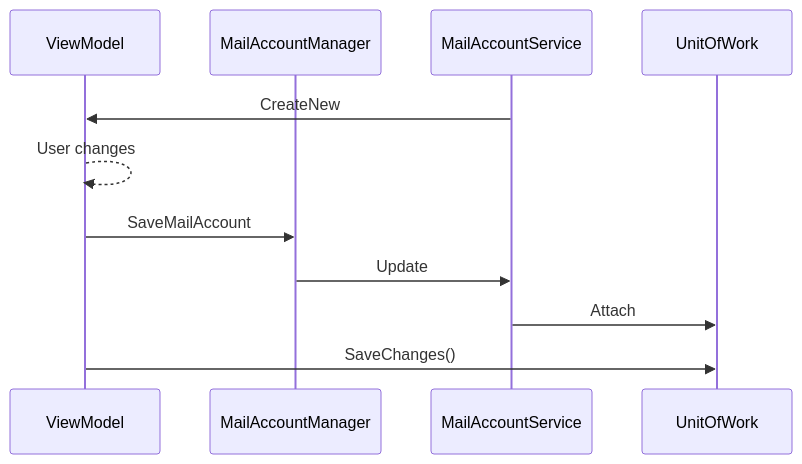
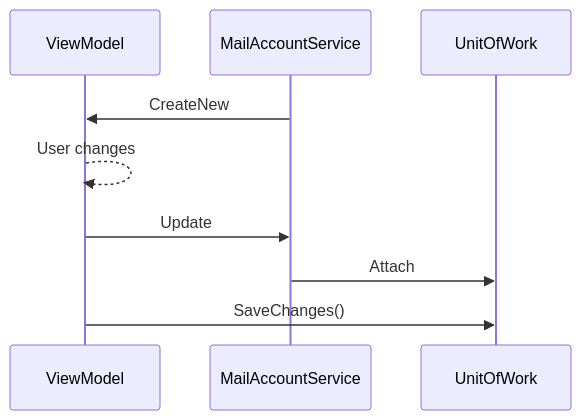
Before and after one commit to jan-schubert/Mailie: the first of 2 diagrams in Documentation/Settings.md, drawn with Mermaid. The commit also changed other lines of this file, not shown here.

````diff
--- a/Documentation/Settings.md
+++ b/Documentation/Settings.md
@@ -4,14 +4,12 @@
 ```mermaid
 sequenceDiagram
 participant ViewModel
-participant MailAccountManager
 participant MailAccountService
 participant UnitOfWork
 
 MailAccountService->>ViewModel: CreateNew
 ViewModel-->>ViewModel: User changes
-ViewModel->>MailAccountManager: SaveMailAccount
-MailAccountManager->>MailAccountService: Update
+ViewModel->>MailAccountService: Update
 MailAccountService->>UnitOfWork: Attach
 ViewModel->>UnitOfWork: SaveChanges()
 ```
````
